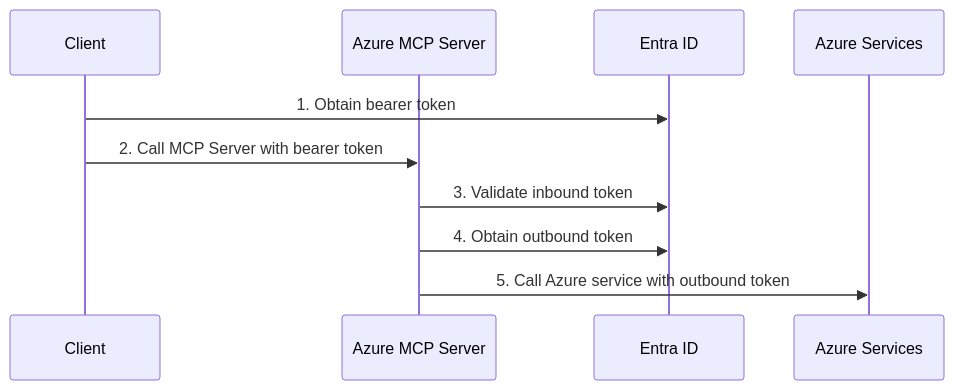
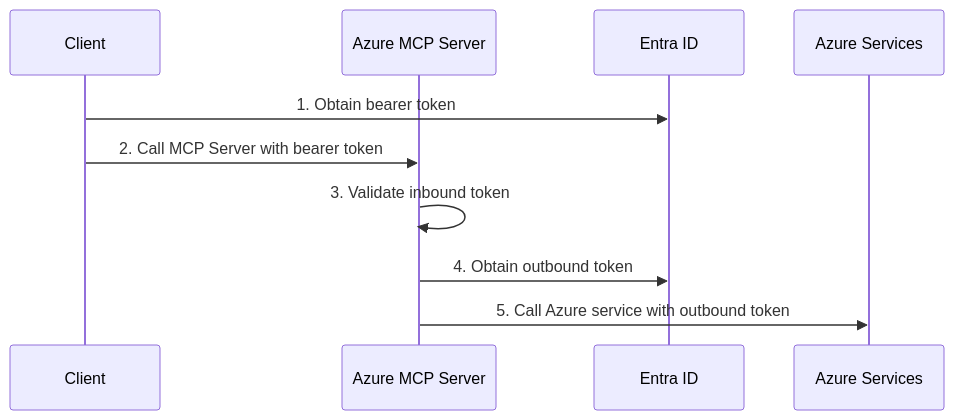
One commit to microsoft/mcp changed the second of 2 diagrams in docs/Authentication.md. Above: the diagram before and after it, drawn with Mermaid. The commit also changed other lines of this file and 1 other file, not shown here.

````diff
--- a/docs/Authentication.md
+++ b/docs/Authentication.md
@@ -71,13 +74,13 @@
 ```mermaid
 sequenceDiagram
     participant Client
     participant AzureMCPServer as Azure MCP Server
     participant Entra as Entra ID
     participant Azure as Azure Services
 
     Client->>Entra: 1. Obtain bearer token
     Client->>AzureMCPServer: 2. Call MCP Server with bearer token
-    AzureMCPServer->>Entra: 3. Validate inbound token
+    AzureMCPServer->>AzureMCPServer: 3. Validate inbound token
     AzureMCPServer->>Entra: 4. Obtain outbound token
     AzureMCPServer->>Azure: 5. Call Azure service with outbound token
 ```
````
